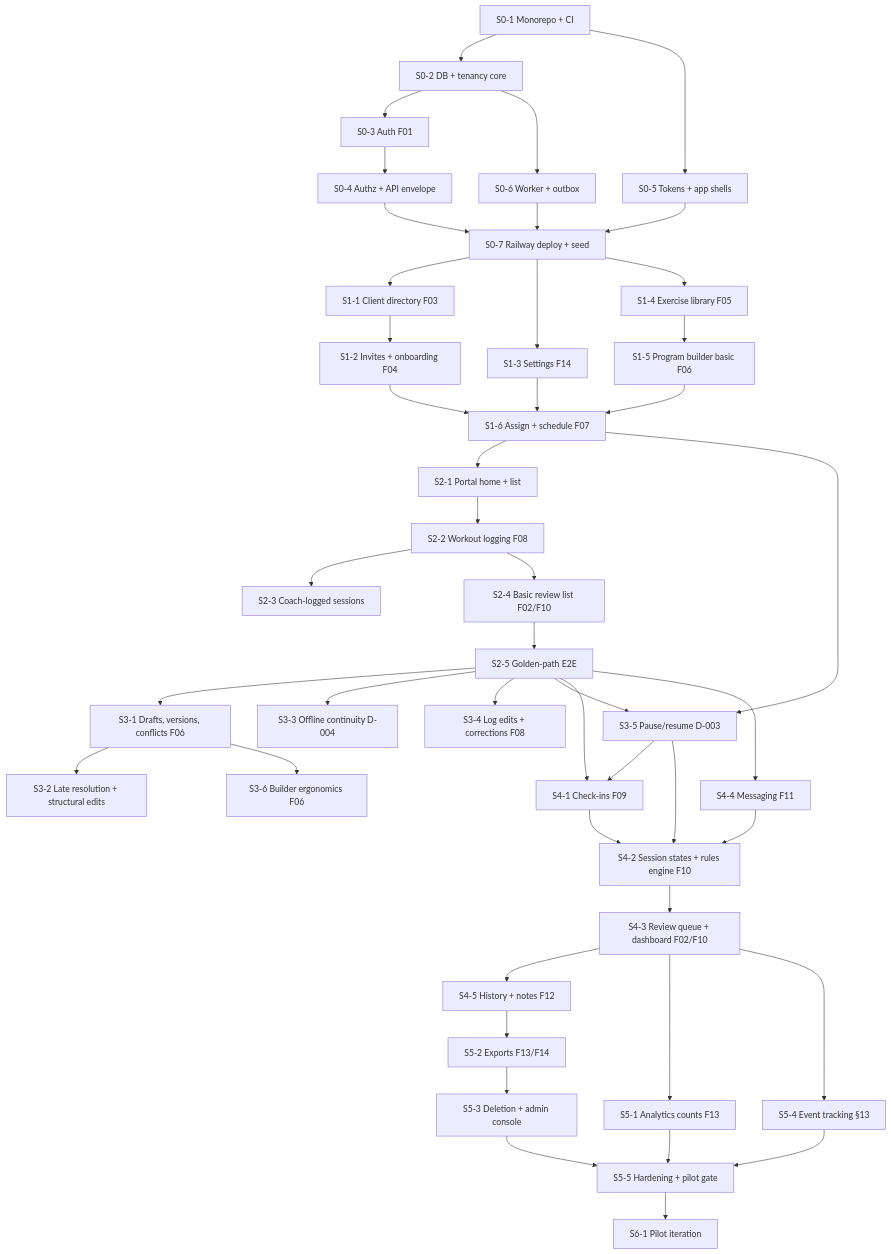
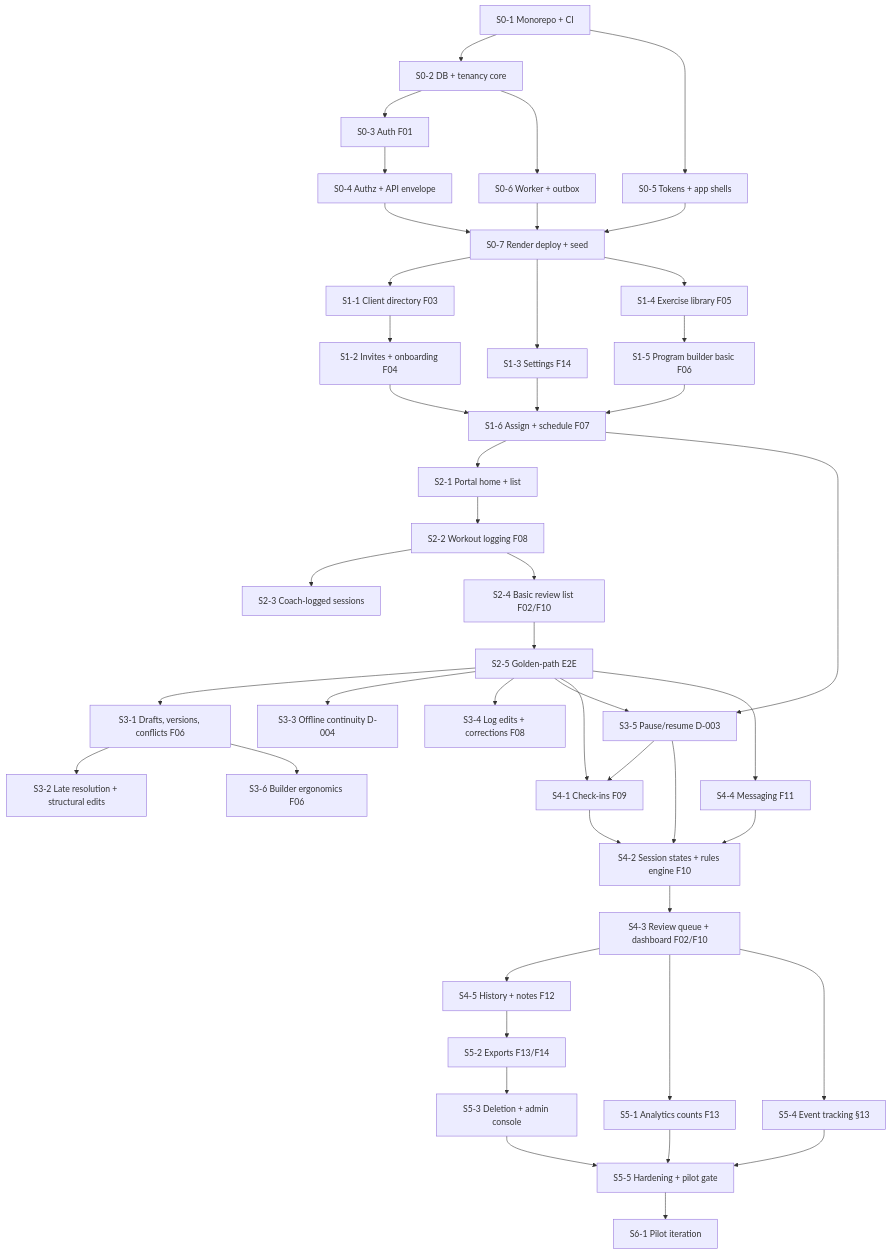
One commit to arcstudiooos/Repsy changed the diagram in docs/implementation-plan.md. Above: the diagram before and after it, drawn with Mermaid. The commit also changed other lines of this file and 1 other file, not shown here.

Commit message:
docs: switch hosting from Railway to Render

````diff
--- a/docs/implementation-plan.md
+++ b/docs/implementation-plan.md
@@ -67,52 +67,52 @@
 ```mermaid
 graph TD
   S0_1[S0-1 Monorepo + CI] --> S0_2[S0-2 DB + tenancy core]
   S0_1 --> S0_5[S0-5 Tokens + app shells]
   S0_2 --> S0_3[S0-3 Auth F01]
   S0_2 --> S0_6[S0-6 Worker + outbox]
   S0_3 --> S0_4[S0-4 Authz + API envelope]
-  S0_4 --> S0_7[S0-7 Railway deploy + seed]
+  S0_4 --> S0_7[S0-7 Render deploy + seed]
   S0_5 --> S0_7
   S0_6 --> S0_7
 
   S0_7 --> S1_1[S1-1 Client directory F03]
   S1_1 --> S1_2[S1-2 Invites + onboarding F04]
   S0_7 --> S1_3[S1-3 Settings F14]
   S0_7 --> S1_4[S1-4 Exercise library F05]
   S1_4 --> S1_5[S1-5 Program builder basic F06]
   S1_5 --> S1_6[S1-6 Assign + schedule F07]
   S1_2 --> S1_6
   S1_3 --> S1_6
 
   S1_6 --> S2_1[S2-1 Portal home + list]
   S2_1 --> S2_2[S2-2 Workout logging F08]
   S2_2 --> S2_3[S2-3 Coach-logged sessions]
   S2_2 --> S2_4[S2-4 Basic review list F02/F10]
   S2_4 --> S2_5[S2-5 Golden-path E2E]
 
   S2_5 --> S3_1[S3-1 Drafts, versions, conflicts F06]
   S3_1 --> S3_2[S3-2 Late resolution + structural edits]
   S2_5 --> S3_3[S3-3 Offline continuity D-004]
   S2_5 --> S3_4[S3-4 Log edits + corrections F08]
   S1_6 --> S3_5[S3-5 Pause/resume D-003]
   S2_5 --> S3_5
   S3_1 --> S3_6[S3-6 Builder ergonomics F06]
 
   S2_5 --> S4_1[S4-1 Check-ins F09]
   S3_5 --> S4_1
   S3_5 --> S4_2[S4-2 Session states + rules engine F10]
   S4_1 --> S4_2
   S4_2 --> S4_3[S4-3 Review queue + dashboard F02/F10]
   S2_5 --> S4_4[S4-4 Messaging F11]
   S4_4 --> S4_2
   S4_3 --> S4_5[S4-5 History + notes F12]
 
   S4_3 --> S5_1[S5-1 Analytics counts F13]
   S4_5 --> S5_2[S5-2 Exports F13/F14]
   S5_2 --> S5_3[S5-3 Deletion + admin console]
   S4_3 --> S5_4[S5-4 Event tracking §13]
   S5_1 --> S5_5[S5-5 Hardening + pilot gate]
   S5_3 --> S5_5
   S5_4 --> S5_5
   S5_5 --> S6_1[S6-1 Pilot iteration]
 ```
````
